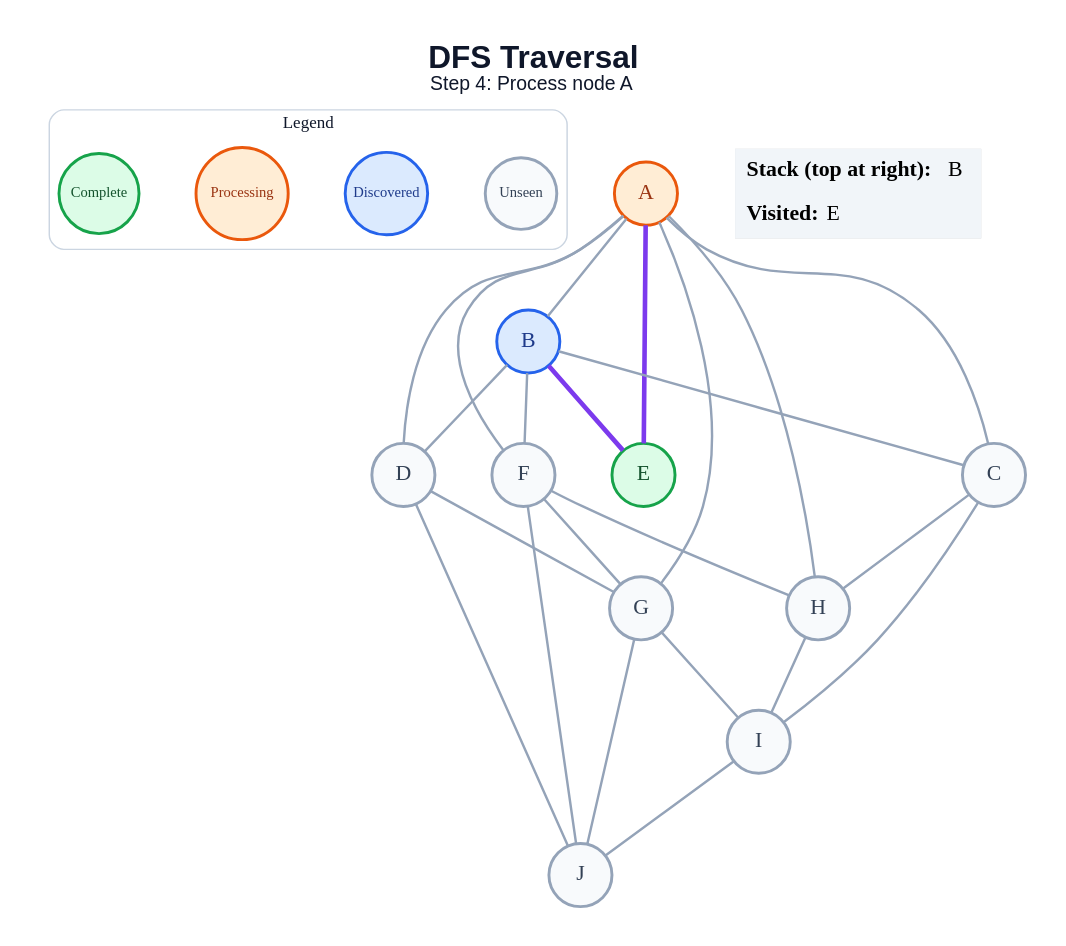
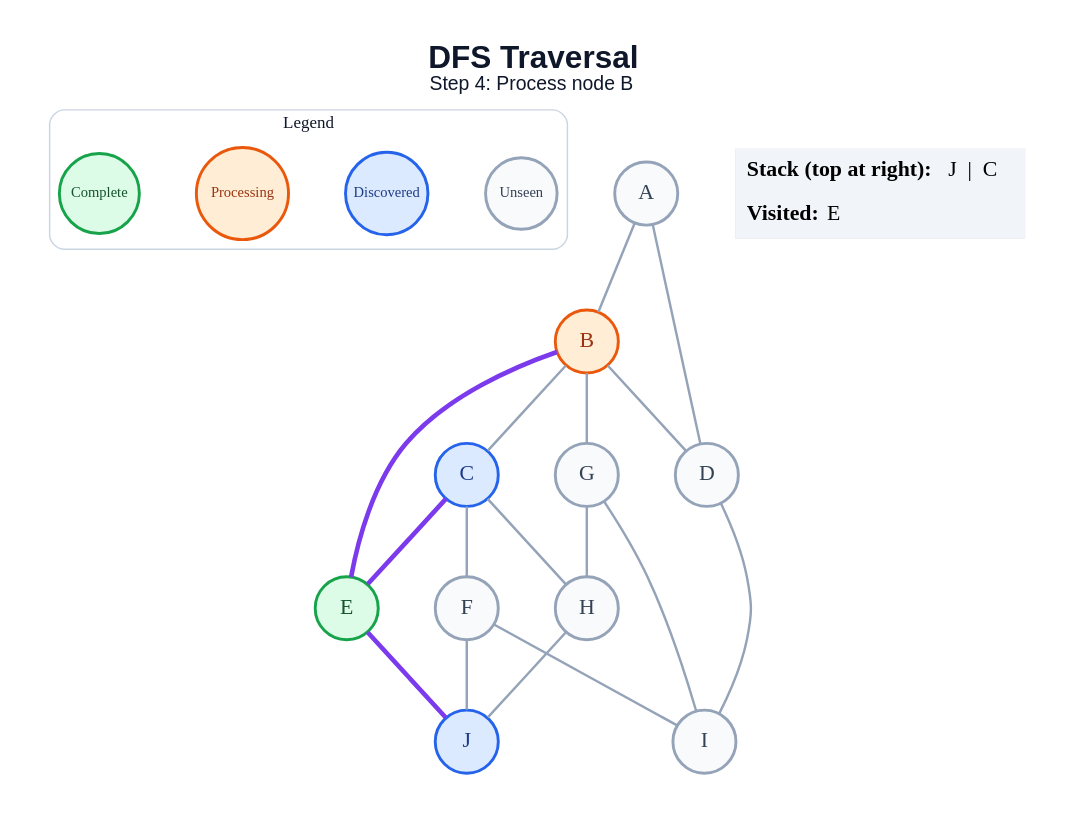
The diagram in generated/specific-node/dfs/step_04.dot (amanghodawala9/ai-slop), drawn with Graphviz before and after one commit. The commit also changed 178 other files, not shown here.

```diff
--- a/generated/specific-node/dfs/step_04.dot
+++ b/generated/specific-node/dfs/step_04.dot
@@ -1,51 +1,45 @@
 graph traversal {
   graph [layout=dot, rankdir=TB, bgcolor="#FFFFFF", pad="0.35", nodesep="0.65", ranksep="0.8", fontname="Arial"];
   node [shape=circle, style="filled", fontname="Arial Bold", fontsize=18, width=0.72, fixedsize=true, penwidth=2.4];
   edge [color="#94A3B8", penwidth=2.0];
-  label=<<B>DFS Traversal</B><BR/><FONT POINT-SIZE="16">Step 4: Process node A</FONT>>; labelloc="t"; fontsize=26; fontname="Arial"; fontcolor="#0F172A";
+  label=<<B>DFS Traversal</B><BR/><FONT POINT-SIZE="16">Step 4: Process node B</FONT>>; labelloc="t"; fontsize=26; fontname="Arial"; fontcolor="#0F172A";
   subgraph cluster_legend { label="Legend"; color="#CBD5E1"; penwidth=1.2; style="rounded"; fontsize=14; fontname="Arial Bold";
     key_unseen [label="Unseen", fillcolor="#F8FAFC", color="#94A3B8", fontcolor="#334155", fontsize=12, width=0.82];
     key_frontier [label="Discovered", fillcolor="#DBEAFE", color="#2563EB", fontcolor="#1E3A8A", fontsize=12, width=0.95];
     key_current [label="Processing", fillcolor="#FFEDD5", color="#EA580C", fontcolor="#9A3412", fontsize=12, width=1.05];
     key_done [label="Complete", fillcolor="#DCFCE7", color="#16A34A", fontcolor="#14532D", fontsize=12, width=0.92];
     { rank=same; key_unseen; key_frontier; key_current; key_done; }
   }
-  A [fillcolor="#FFEDD5", color="#EA580C", fontcolor="#9A3412"];
-  B [fillcolor="#DBEAFE", color="#2563EB", fontcolor="#1E3A8A"];
-  C [fillcolor="#F8FAFC", color="#94A3B8", fontcolor="#334155"];
+  A [fillcolor="#F8FAFC", color="#94A3B8", fontcolor="#334155"];
+  B [fillcolor="#FFEDD5", color="#EA580C", fontcolor="#9A3412"];
+  C [fillcolor="#DBEAFE", color="#2563EB", fontcolor="#1E3A8A"];
   D [fillcolor="#F8FAFC", color="#94A3B8", fontcolor="#334155"];
   E [fillcolor="#DCFCE7", color="#16A34A", fontcolor="#14532D"];
   F [fillcolor="#F8FAFC", color="#94A3B8", fontcolor="#334155"];
   G [fillcolor="#F8FAFC", color="#94A3B8", fontcolor="#334155"];
   H [fillcolor="#F8FAFC", color="#94A3B8", fontcolor="#334155"];
   I [fillcolor="#F8FAFC", color="#94A3B8", fontcolor="#334155"];
-  J [fillcolor="#F8FAFC", color="#94A3B8", fontcolor="#334155"];
+  J [fillcolor="#DBEAFE", color="#2563EB", fontcolor="#1E3A8A"];
   A -- B;
-  A -- C;
   A -- D;
-  A -- E [color="#7C3AED", penwidth=3.8];
-  A -- F;
-  A -- G;
-  A -- H;
   B -- C;
   B -- D;
   B -- E [color="#7C3AED", penwidth=3.8];
-  B -- F;
+  B -- G;
+  C -- E [color="#7C3AED", penwidth=3.8];
+  C -- F;
   C -- H;
-  C -- I;
-  D -- G;
-  D -- J;
-  F -- G;
-  F -- H;
+  D -- I;
+  E -- J [color="#7C3AED", penwidth=3.8];
+  F -- I;
   F -- J;
+  G -- H;
   G -- I;
-  G -- J;
-  H -- I;
-  I -- J;
+  H -- J;
   status [shape=plain, fixedsize=false, width=0, height=0, margin=0, label=<
     <TABLE BORDER="0" CELLBORDER="0" CELLPADDING="7" BGCOLOR="#F1F5F9">
-      <TR><TD ALIGN="LEFT"><B>Stack (top at right):</B> B</TD></TR>
+      <TR><TD ALIGN="LEFT"><B>Stack (top at right):</B> J  |  C</TD></TR>
       <TR><TD ALIGN="LEFT"><B>Visited:</B> E</TD></TR>
     </TABLE>
   >];
 }
```
